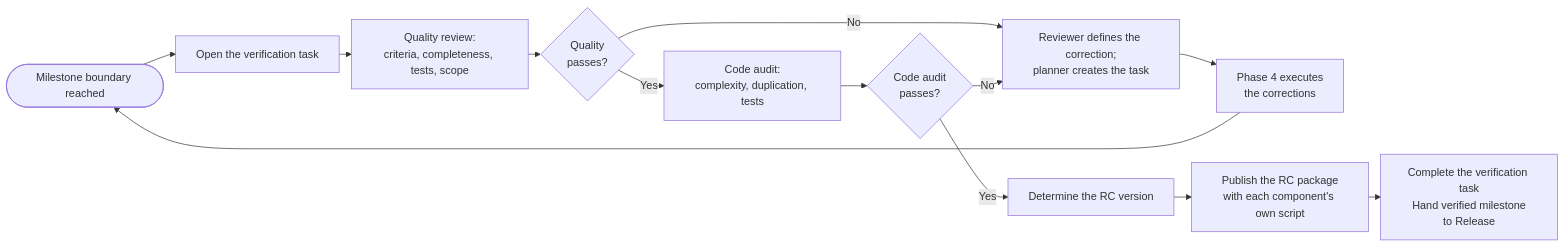
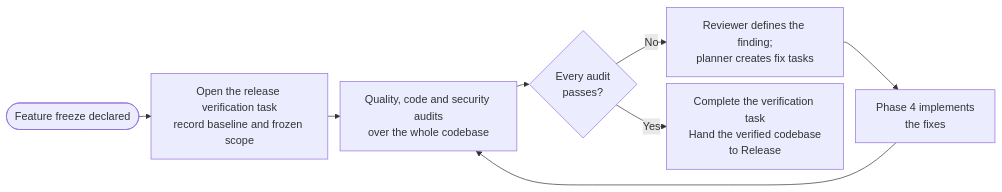
One commit to lyndametref/opencode-dev-workflow changed the diagram in workflows/orchestrator/5-Verification.md. Above: the diagram before and after it, drawn with Mermaid. The commit also changed other lines of this file and 6 other files, not shown here.

Commit message:
shift verification after feature freeze

````diff
--- a/workflows/orchestrator/5-Verification.md
+++ b/workflows/orchestrator/5-Verification.md
@@ -32,16 +48,11 @@
 ```mermaid
 %%{init: {"flowchart": {"nodeSpacing": 10, "rankSpacing": 18}}}%%
 flowchart LR
-    IN([Milestone boundary reached]) --> OPEN["Open the verification task"]
-    OPEN --> QR["Quality review:<br/>criteria, completeness, tests, scope"]
-    QR --> QOK{"Quality<br/>passes?"}
-    QOK -->|"No"| CORR["Reviewer defines the correction;<br/>planner creates the task"]
-    CORR --> IMPL["Phase 4 executes<br/>the corrections"]
-    IMPL --> IN
-    QOK -->|"Yes"| CA["Code audit:<br/>complexity, duplication, tests"]
-    CA --> COK{"Code audit<br/>passes?"}
-    COK -->|"No"| CORR
-    COK -->|"Yes"| RCV["Determine the RC version"]
-    RCV --> PKG["Publish the RC package<br/>with each component's own script"]
-    PKG --> OUT["Complete the verification task<br/>Hand verified milestone<br/>to Release"]
+    IN([Feature freeze declared]) --> OPEN["Open the release verification task<br/>record baseline and frozen scope"]
+    OPEN --> AUD["Quality, code and security audits<br/>over the whole codebase"]
+    AUD --> OK{"Every audit<br/>passes?"}
+    OK -->|"No"| CORR["Reviewer defines the finding;<br/>planner creates fix tasks"]
+    CORR --> IMPL["Phase 4 implements<br/>the fixes"]
+    IMPL --> AUD
+    OK -->|"Yes"| OUT["Complete the verification task<br/>Hand the verified codebase<br/>to Release"]
 ```
````
